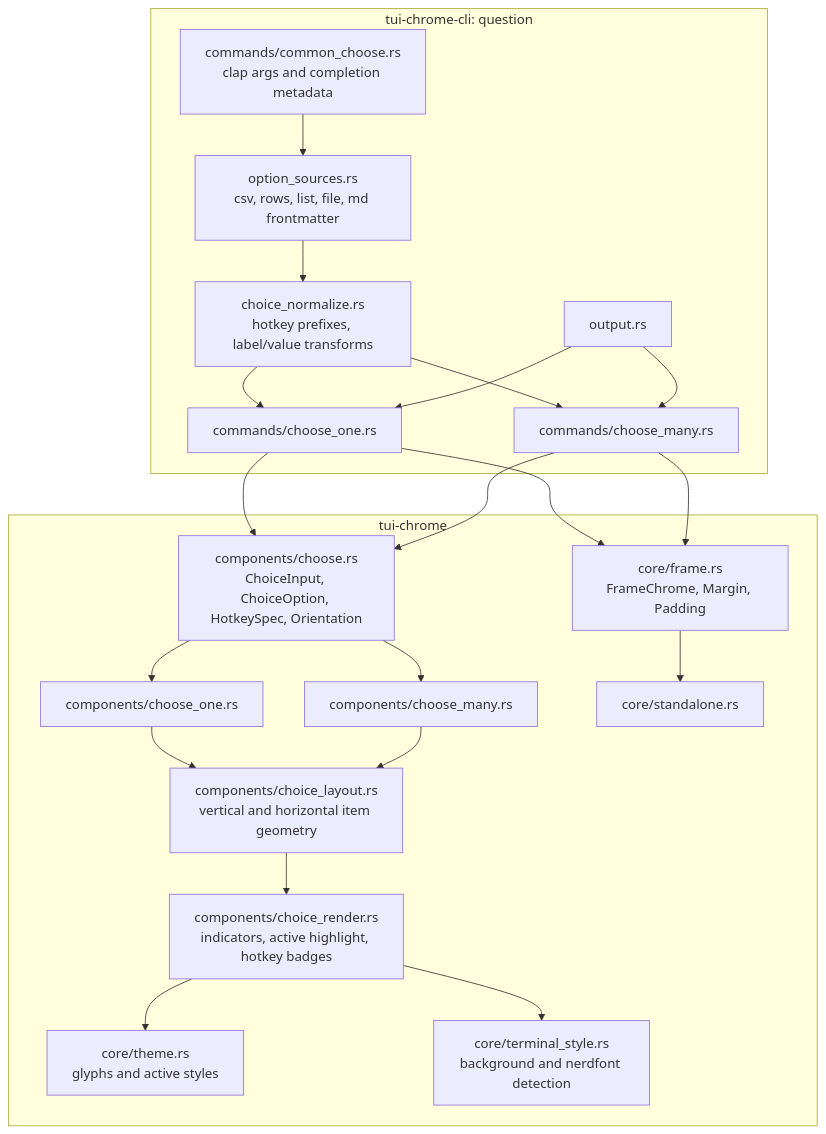
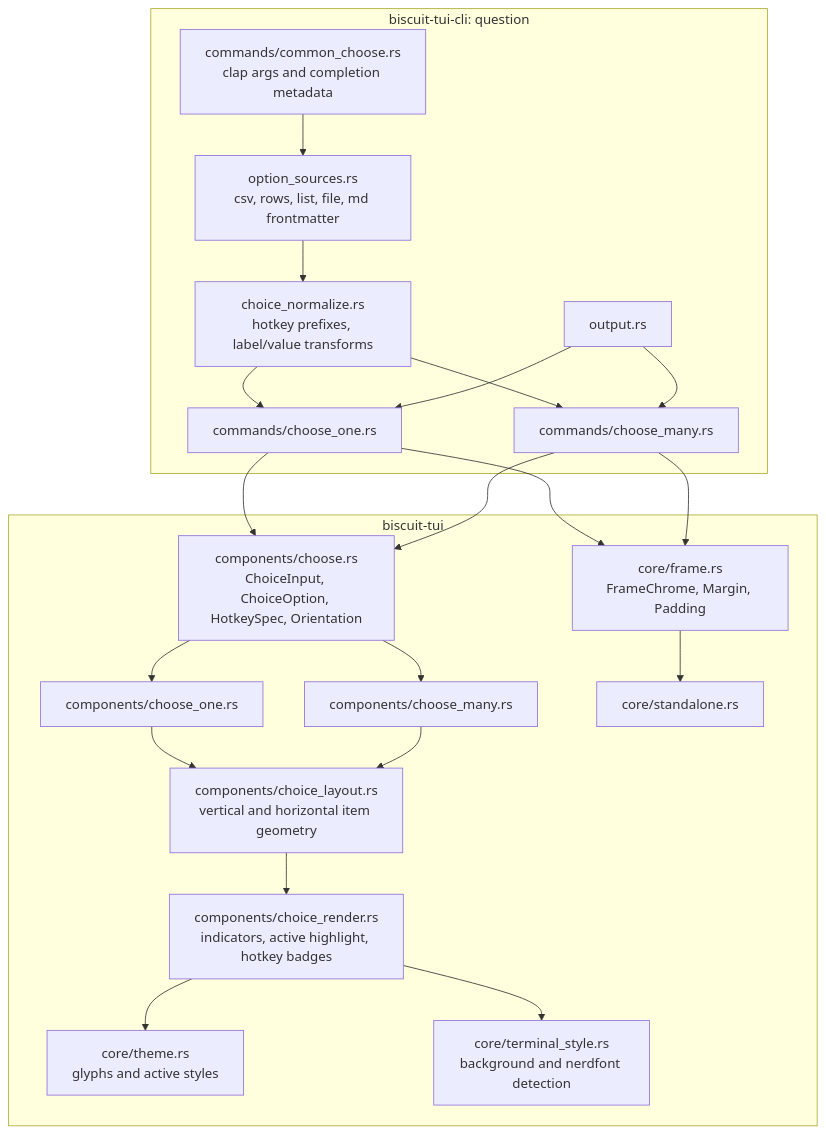
The diagram in biscuit-tui/features/_completed/2026-04-28-choose-one-improvements/tech-design.md (yankeeinlondon/rusty-biscuit), drawn with Mermaid before and after one commit. The commit also changed other lines of this file and 36 other files, not shown here.

First line of the commit message:
docs(biscuit-tui): update status for completed features

````diff
--- a/biscuit-tui/features/_completed/2026-04-28-choose-one-improvements/tech-design.md
+++ b/biscuit-tui/features/_completed/2026-04-28-choose-one-improvements/tech-design.md
@@ -26,41 +26,41 @@
 ```mermaid
 flowchart TD
-    subgraph CLI["tui-chrome-cli: question"]
+    subgraph CLI["biscuit-tui-cli: question"]
         Args["commands/common_choose.rs<br/>clap args and completion metadata"]
         Sources["option_sources.rs<br/>csv, rows, list, file, md frontmatter"]
         Normalize["choice_normalize.rs<br/>hotkey prefixes, label/value transforms"]
         CommandOne["commands/choose_one.rs"]
         CommandMany["commands/choose_many.rs"]
         Output["output.rs"]
     end
 
-    subgraph Lib["tui-chrome"]
+    subgraph Lib["biscuit-tui"]
         Choice["components/choose.rs<br/>ChoiceInput, ChoiceOption, HotkeySpec, Orientation"]
         Layout["components/choice_layout.rs<br/>vertical and horizontal item geometry"]
         Render["components/choice_render.rs<br/>indicators, active highlight, hotkey badges"]
         One["components/choose_one.rs"]
         Many["components/choose_many.rs"]
         Frame["core/frame.rs<br/>FrameChrome, Margin, Padding"]
         Theme["core/theme.rs<br/>glyphs and active styles"]
         Terminal["core/terminal_style.rs<br/>background and nerdfont detection"]
         Loop["core/standalone.rs"]
     end
 
     Args --> Sources --> Normalize
     Normalize --> CommandOne
     Normalize --> CommandMany
     CommandOne --> Choice
     CommandMany --> Choice
     Choice --> One
     Choice --> Many
     One --> Layout
     Many --> Layout
     Layout --> Render
     Render --> Theme
     Render --> Terminal
     CommandOne --> Frame
     CommandMany --> Frame
     Frame --> Loop
     Output --> CommandOne
     Output --> CommandMany
 ```
````
